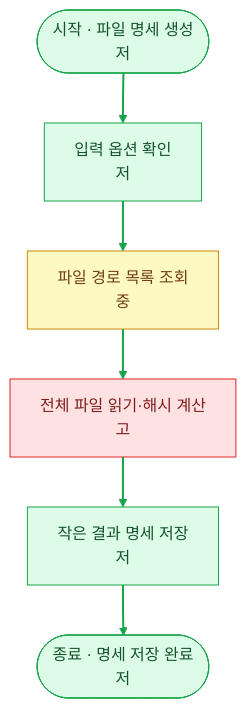
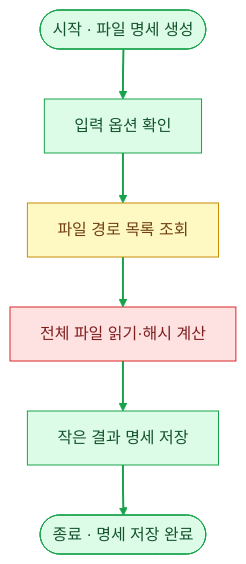
Before and after one commit to ParkMinDev/AgentSkills: the first of 8 diagrams in skills/algorithm-flowchart/references/examples.md, drawn with Mermaid. The commit also changed other lines of this file and 2 other files, not shown here.

Commit message:
Improve flowchart function titles and visibility notation

````diff
--- a/skills/algorithm-flowchart/references/examples.md
+++ b/skills/algorithm-flowchart/references/examples.md
@@ -8,15 +8,15 @@
 ```mermaid
 flowchart TD
-    START(["시작 · 파일 명세 생성<br/>저"]) --> A
-    A["입력 옵션 확인<br/>저"] --> B["파일 경로 목록 조회<br/>중"]
-    B --> C["전체 파일 읽기·해시 계산<br/>고"]
-    C --> D["작은 결과 명세 저장<br/>저"]
-    D --> END(["종료 · 명세 저장 완료<br/>저"])
+    START(["시작 · 파일 명세 생성"]) --> A
+    A["입력 옵션 확인"] --> B["파일 경로 목록 조회"]
+    B --> C["전체 파일 읽기·해시 계산"]
+    C --> D["작은 결과 명세 저장"]
+    D --> END(["종료 · 명세 저장 완료"])
     classDef low fill:#dcfce7,stroke:#16a34a,color:#14532d
     classDef medium fill:#fef9c3,stroke:#ca8a04,color:#713f12
     classDef high fill:#fee2e2,stroke:#dc2626,color:#7f1d1d
     class START,END,A,D low
     class B medium
     class C high
     linkStyle default stroke:#16A34A,stroke-width:2px
 ```
````
